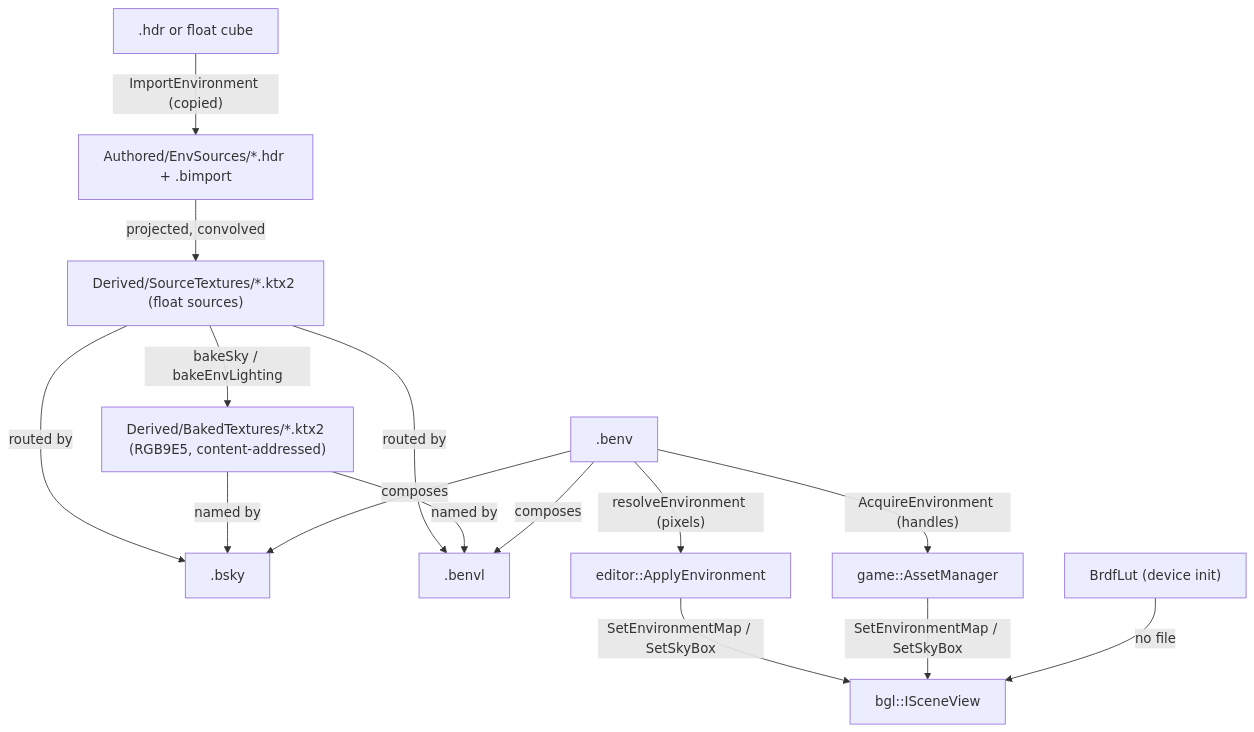
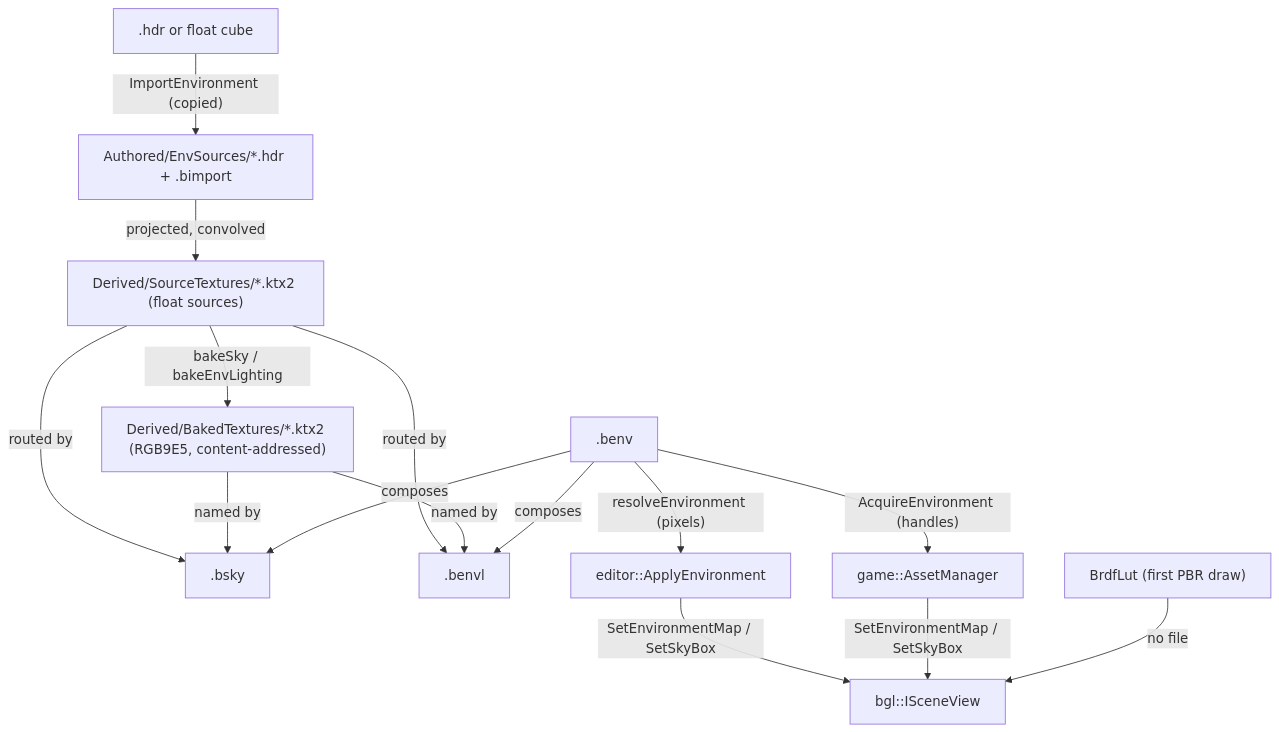
Before and after one commit to alexjiang200407/bernini: the diagram in docs/envmaps.md, drawn with Mermaid. The commit also changed other lines of this file and 7 other files, not shown here.

First line of the commit message:
perf(bgl_extended): the BRDF LUT is built on the first PBR draw

````diff
--- a/docs/envmaps.md
+++ b/docs/envmaps.md
@@ -104,21 +106,21 @@
 ```mermaid
 flowchart TD
     HDR[".hdr or float cube"] -- "ImportEnvironment (copied)" --> COPY["Authored/EnvSources/*.hdr + .bimport"]
     COPY -- "projected, convolved" --> SRC["Derived/SourceTextures/*.ktx2 (float sources)"]
     SRC -- "bakeSky / bakeEnvLighting" --> BAKED["Derived/BakedTextures/*.ktx2 (RGB9E5, content-addressed)"]
 
     SRC -- "routed by" --> BSKY[".bsky"]
     SRC -- "routed by" --> BENVL[".benvl"]
     BAKED -- "named by" --> BSKY
     BAKED -- "named by" --> BENVL
 
     BENV[".benv"] -- "composes" --> BSKY
     BENV -- "composes" --> BENVL
 
     BENV -- "resolveEnvironment (pixels)" --> EDITOR["editor::ApplyEnvironment"]
     BENV -- "AcquireEnvironment (handles)" --> GAME["game::AssetManager"]
 
     EDITOR -- "SetEnvironmentMap / SetSkyBox" --> VIEW["bgl::ISceneView"]
     GAME -- "SetEnvironmentMap / SetSkyBox" --> VIEW
-    LUT["BrdfLut (device init)"] -- "no file" --> VIEW
+    LUT["BrdfLut (first PBR draw)"] -- "no file" --> VIEW
 ```
````
